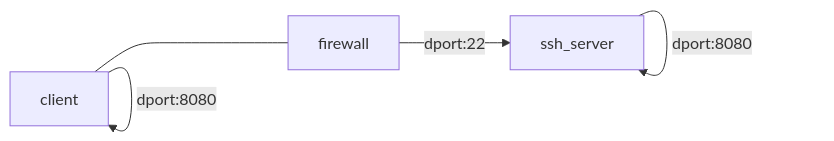
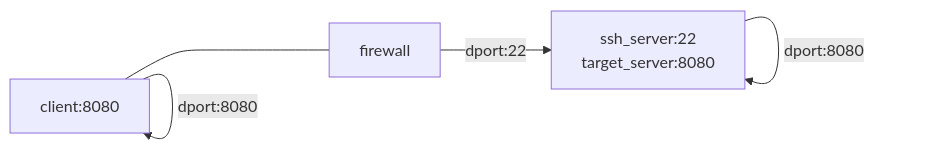
Before and after one commit to myseq/notes: the fourth of 6 diagrams in markdown/diagrams.md, drawn with Mermaid.

````diff
--- a/markdown/diagrams.md
+++ b/markdown/diagrams.md
@@ -25,7 +25,12 @@
 ```mermaid
 graph LR
-    A[client] --> |dport:8080| A
-    A ---- B[firewall] --> |dport:22| C[ssh_server]
-    C --> |dport:8080| C
+    client[client:8080]
+    firewall[firewall]
+    ssh_svr["ssh_server:22
+             target_server:8080"]
+    
+    client --> |dport:8080| client
+    client ---- firewall --> |dport:22| ssh_svr
+    ssh_svr --> |dport:8080| ssh_svr
 
 ```
````
